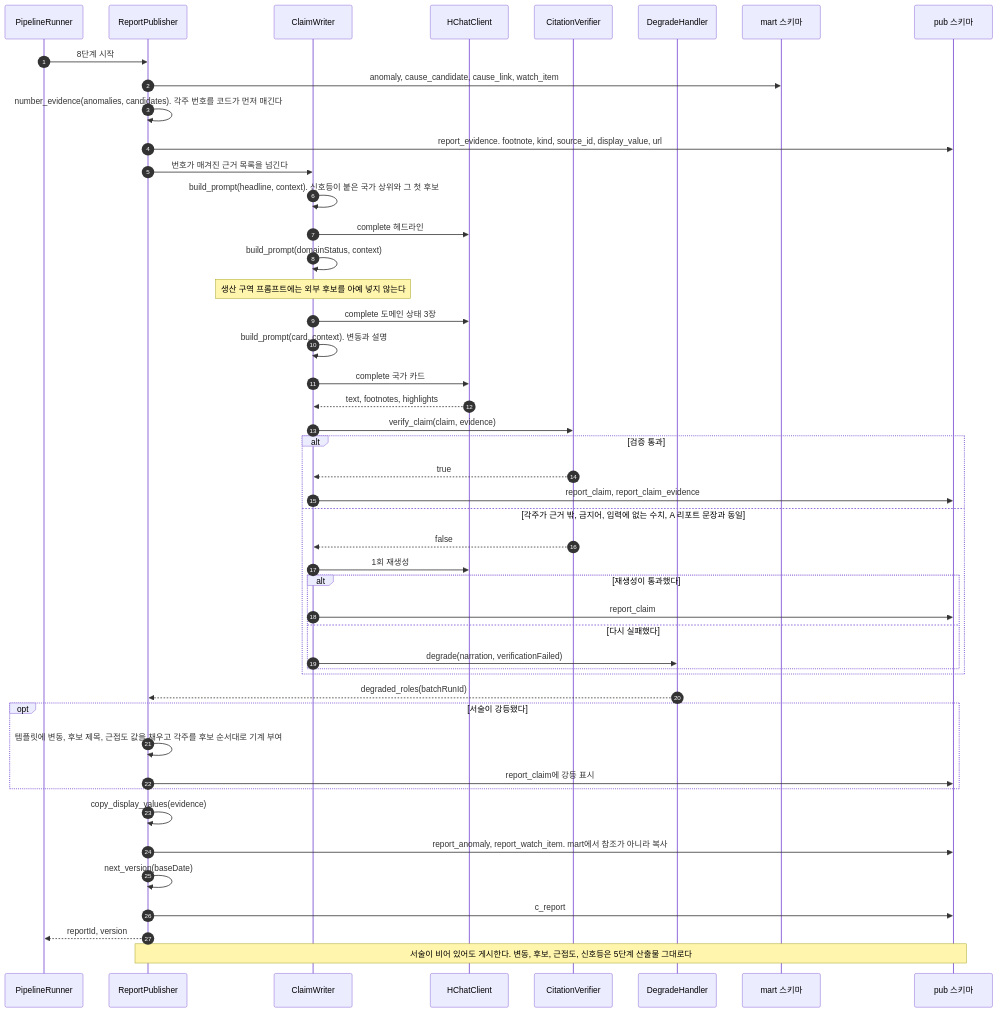
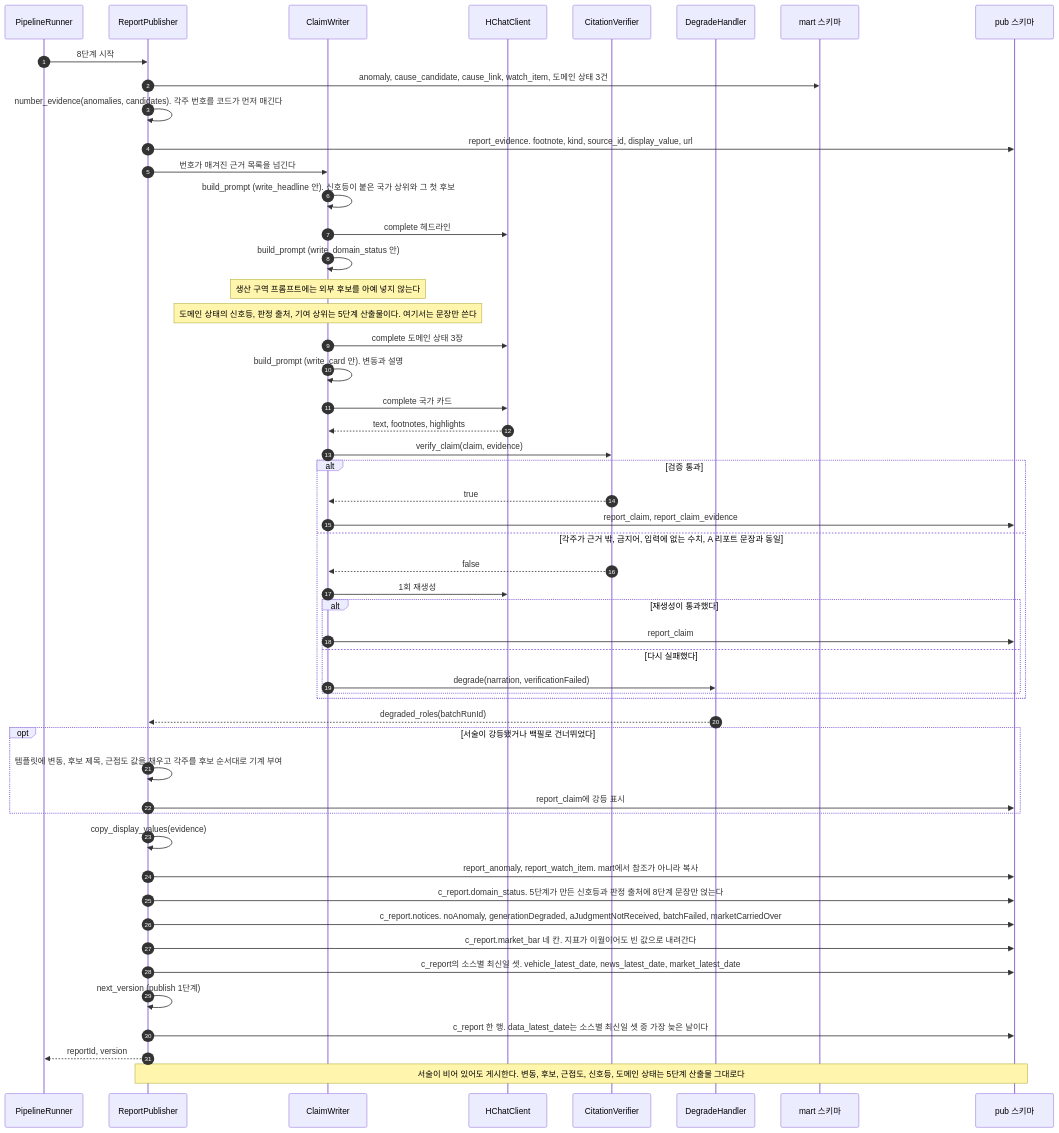
Diagram 11 of 14 in docs/specs/09-SEQ/TBL-SEQ-001.md (HoyoungParkme/tableau_platform), drawn with Mermaid before and after one commit. The commit also changed other lines of this file, not shown here.

Commit message:
교차 검증 반영: A 리포트 열람 게시 사본 경로 확정(F1 닫음), 도메인 상태 신호등을 5단계 산출물로, notices와 소스별 최신일 게시, 백필 분기, 자기호출 라벨을 MS 이름에 맞춤, named_by=representativeArticle

````diff
--- a/docs/specs/09-SEQ/TBL-SEQ-001.md
+++ b/docs/specs/09-SEQ/TBL-SEQ-001.md
@@ -606,49 +641,54 @@
 ```mermaid
 sequenceDiagram
   autonumber
   participant RUN as PipelineRunner
   participant RP as ReportPublisher
   participant CW as ClaimWriter
   participant HCC as HChatClient
   participant CV as CitationVerifier
   participant DH as DegradeHandler
   participant DB_MART as mart 스키마
   participant DB_PUB as pub 스키마
   RUN->>RP: 8단계 시작
-  RP->>DB_MART: anomaly, cause_candidate, cause_link, watch_item
+  RP->>DB_MART: anomaly, cause_candidate, cause_link, watch_item, 도메인 상태 3건
   RP->>RP: number_evidence(anomalies, candidates). 각주 번호를 코드가 먼저 매긴다
   RP->>DB_PUB: report_evidence. footnote, kind, source_id, display_value, url
   RP->>CW: 번호가 매겨진 근거 목록을 넘긴다
-  CW->>CW: build_prompt(headline, context). 신호등이 붙은 국가 상위와 그 첫 후보
+  CW->>CW: build_prompt (write_headline 안). 신호등이 붙은 국가 상위와 그 첫 후보
   CW->>HCC: complete 헤드라인
-  CW->>CW: build_prompt(domainStatus, context)
+  CW->>CW: build_prompt (write_domain_status 안)
   Note over CW: 생산 구역 프롬프트에는 외부 후보를 아예 넣지 않는다
+  Note over CW: 도메인 상태의 신호등, 판정 출처, 기여 상위는 5단계 산출물이다. 여기서는 문장만 쓴다
   CW->>HCC: complete 도메인 상태 3장
-  CW->>CW: build_prompt(card, context). 변동과 설명
+  CW->>CW: build_prompt (write_card 안). 변동과 설명
   CW->>HCC: complete 국가 카드
   HCC-->>CW: text, footnotes, highlights
   CW->>CV: verify_claim(claim, evidence)
   alt 검증 통과
     CV-->>CW: true
     CW->>DB_PUB: report_claim, report_claim_evidence
   else 각주가 근거 밖, 금지어, 입력에 없는 수치, A 리포트 문장과 동일
     CV-->>CW: false
     CW->>HCC: 1회 재생성
     alt 재생성이 통과했다
       CW->>DB_PUB: report_claim
     else 다시 실패했다
       CW->>DH: degrade(narration, verificationFailed)
     end
   end
   DH-->>RP: degraded_roles(batchRunId)
-  opt 서술이 강등됐다
+  opt 서술이 강등됐거나 백필로 건너뛰었다
     RP->>RP: 템플릿에 변동, 후보 제목, 근접도 값을 채우고 각주를 후보 순서대로 기계 부여
     RP->>DB_PUB: report_claim에 강등 표시
   end
   RP->>RP: copy_display_values(evidence)
   RP->>DB_PUB: report_anomaly, report_watch_item. mart에서 참조가 아니라 복사
-  RP->>RP: next_version(baseDate)
-  RP->>DB_PUB: c_report
+  RP->>DB_PUB: c_report.domain_status. 5단계가 만든 신호등과 판정 출처에 8단계 문장만 얹는다
+  RP->>DB_PUB: c_report.notices. noAnomaly, generationDegraded, aJudgmentNotReceived, batchFailed, marketCarriedOver
+  RP->>DB_PUB: c_report.market_bar 네 칸. 지표가 이월이어도 빈 값으로 내려간다
+  RP->>DB_PUB: c_report의 소스별 최신일 셋. vehicle_latest_date, news_latest_date, market_latest_date
+  RP->>RP: next_version (publish 1단계)
+  RP->>DB_PUB: c_report 한 행. data_latest_date는 소스별 최신일 셋 중 가장 늦은 날이다
   RP-->>RUN: reportId, version
-  Note over RP,DB_PUB: 서술이 비어 있어도 게시한다. 변동, 후보, 근접도, 신호등은 5단계 산출물 그대로다
+  Note over RP,DB_PUB: 서술이 비어 있어도 게시한다. 변동, 후보, 근접도, 신호등, 도메인 상태는 5단계 산출물 그대로다
 ```
````
